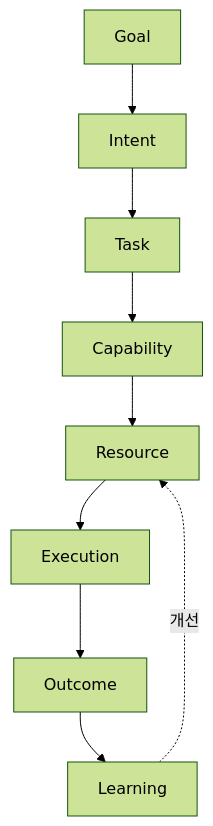
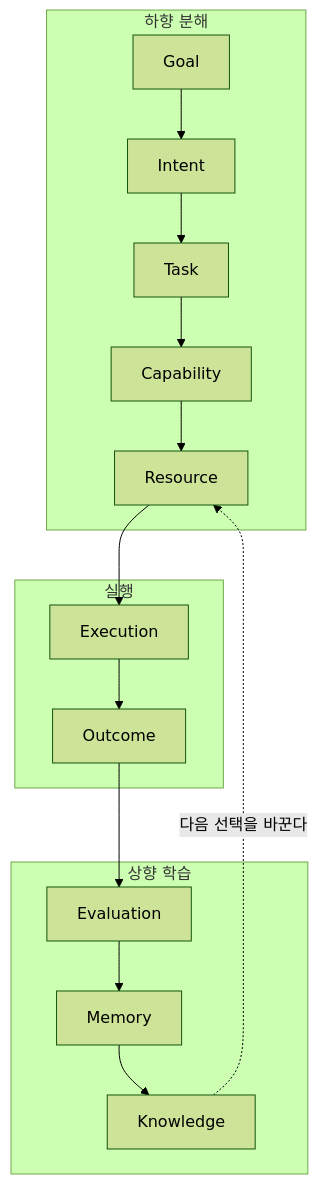
One commit to gyhan0223/intent-os-spec changed the second of 2 diagrams in v1-core-concepts.md. Above: the diagram before and after it, drawn with Mermaid (forest theme). The commit also changed other lines of this file, not shown here.

````diff
--- a/v1-core-concepts.md
+++ b/v1-core-concepts.md
@@ -312,6 +371,13 @@
 ```mermaid
 graph TD
-    Goal --> Intent --> Task --> Capability
-    Capability --> Resource --> Execution --> Outcome --> Learning
-    Learning -.개선.-> Resource
+    subgraph "하향 분해"
+        Goal --> Intent --> Task --> Capability --> Resource
+    end
+    subgraph "실행"
+        Resource --> Execution --> Outcome
+    end
+    subgraph "상향 학습"
+        Outcome --> Evaluation --> Memory --> Knowledge
+    end
+    Knowledge -.다음 선택을 바꾼다.-> Resource
 ```
````
